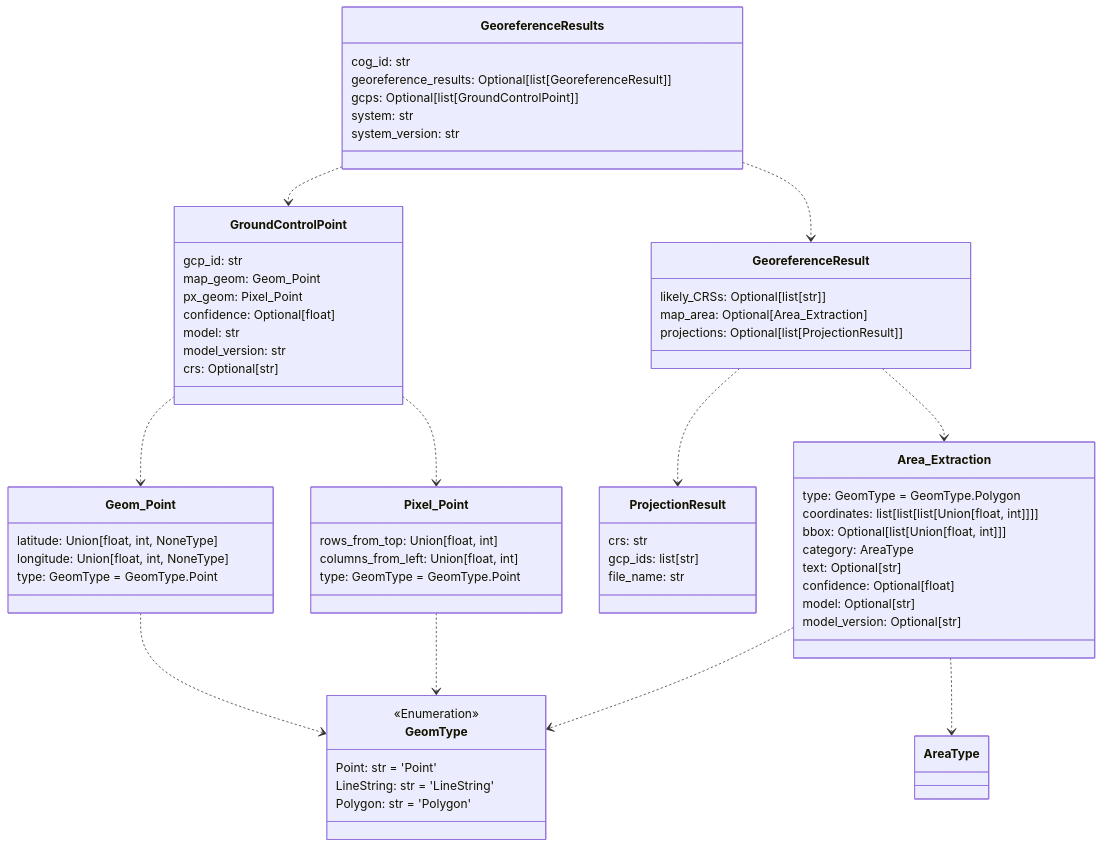
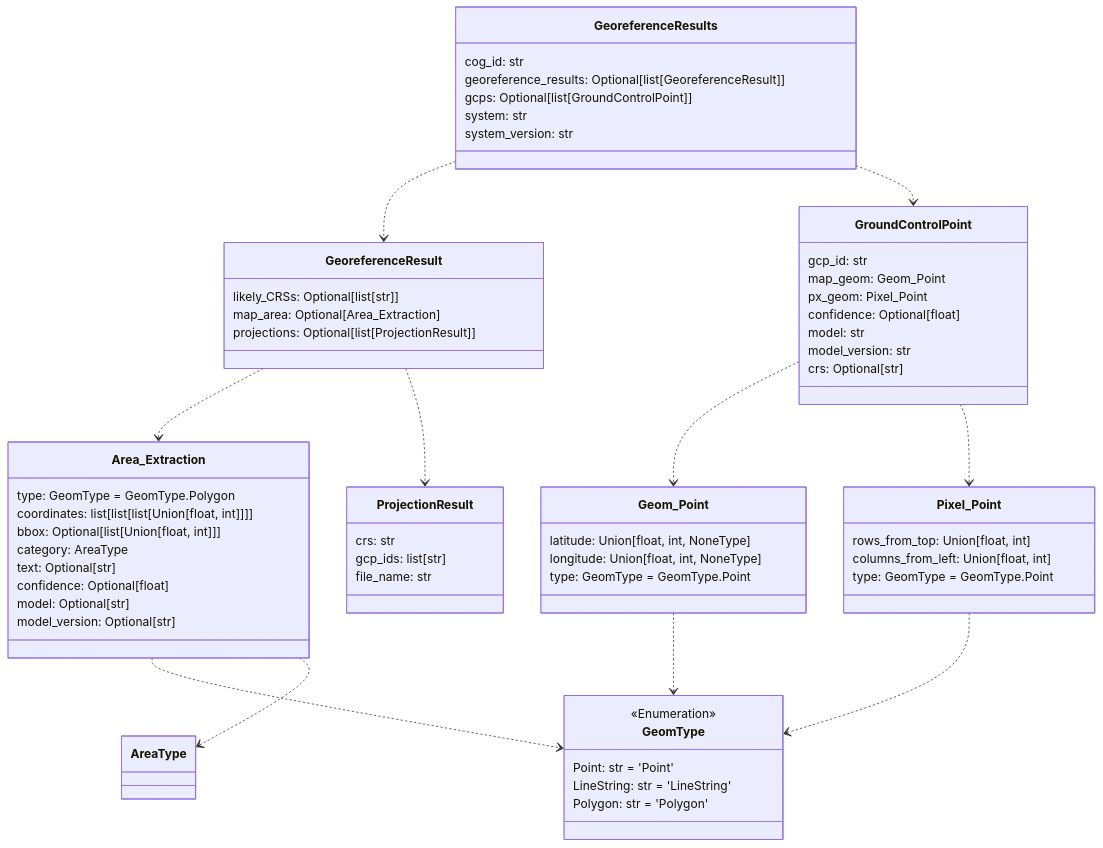
Before and after one commit to DARPA-CRITICALMAAS/cdr_schemas: the second of 12 diagrams in README.md, drawn with Mermaid. The commit also changed other lines of this file and 2 other files, not shown here.

Commit message:
Updated a couple of descriptions and added pixel space

````diff
--- a/README.md
+++ b/README.md
@@ -113,76 +113,76 @@
 ```mermaid
 classDiagram
+
+    class GeomType {
+        <<Enumeration>>
+        Point: str = 'Point'
+        LineString: str = 'LineString'
+        Polygon: str = 'Polygon'
+    }
 
     class Geom_Point {
         latitude: Union[float, int, NoneType]
         longitude: Union[float, int, NoneType]
         type: GeomType = GeomType.Point
     }
 
-    class GroundControlPoint {
-        gcp_id: str
-        map_geom: Geom_Point
-        px_geom: Pixel_Point
-        confidence: Optional[float]
-        model: str
-        model_version: str
-        crs: Optional[str]
-    }
-
-    class GeoreferenceResults {
-        cog_id: str
-        georeference_results: Optional[list[GeoreferenceResult]]
-        gcps: Optional[list[GroundControlPoint]]
-        system: str
-        system_version: str
+    class ProjectionResult {
+        crs: str
+        gcp_ids: list[str]
+        file_name: str
     }
 
     class Area_Extraction {
         type: GeomType = GeomType.Polygon
         coordinates: list[list[list[Union[float, int]]]]
         bbox: Optional[list[Union[float, int]]]
         category: AreaType
         text: Optional[str]
         confidence: Optional[float]
         model: Optional[str]
         model_version: Optional[str]
-    }
-
-    class ProjectionResult {
-        crs: str
-        gcp_ids: list[str]
-        file_name: str
     }
 
     class GeoreferenceResult {
         likely_CRSs: Optional[list[str]]
         map_area: Optional[Area_Extraction]
         projections: Optional[list[ProjectionResult]]
     }
 
     class Pixel_Point {
         rows_from_top: Union[float, int]
         columns_from_left: Union[float, int]
         type: GeomType = GeomType.Point
     }
 
-    class GeomType {
-        <<Enumeration>>
-        Point: str = 'Point'
-        LineString: str = 'LineString'
-        Polygon: str = 'Polygon'
+    class GeoreferenceResults {
+        cog_id: str
+        georeference_results: Optional[list[GeoreferenceResult]]
+        gcps: Optional[list[GroundControlPoint]]
+        system: str
+        system_version: str
+    }
+
+    class GroundControlPoint {
+        gcp_id: str
+        map_geom: Geom_Point
+        px_geom: Pixel_Point
+        confidence: Optional[float]
+        model: str
+        model_version: str
+        crs: Optional[str]
     }
 
     Area_Extraction ..> GeomType
     Area_Extraction ..> AreaType
     Geom_Point ..> GeomType
     Pixel_Point ..> GeomType
     GroundControlPoint ..> Geom_Point
     GroundControlPoint ..> Pixel_Point
+    GeoreferenceResult ..> Area_Extraction
     GeoreferenceResult ..> ProjectionResult
-    GeoreferenceResult ..> Area_Extraction
+    GeoreferenceResults ..> GeoreferenceResult
     GeoreferenceResults ..> GroundControlPoint
-    GeoreferenceResults ..> GeoreferenceResult
 
 
 ```
````
